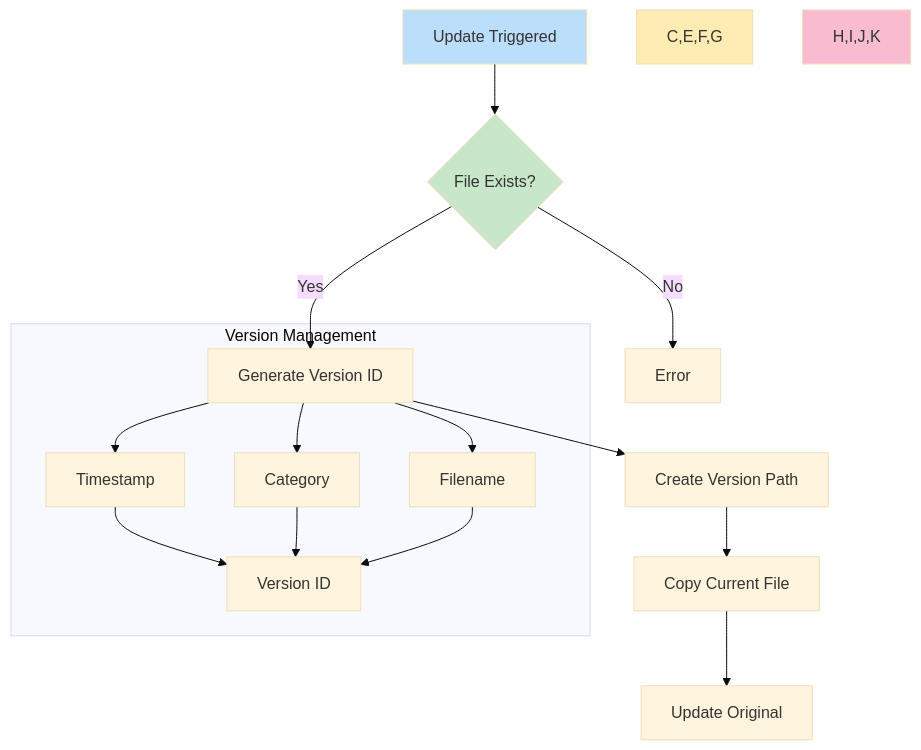
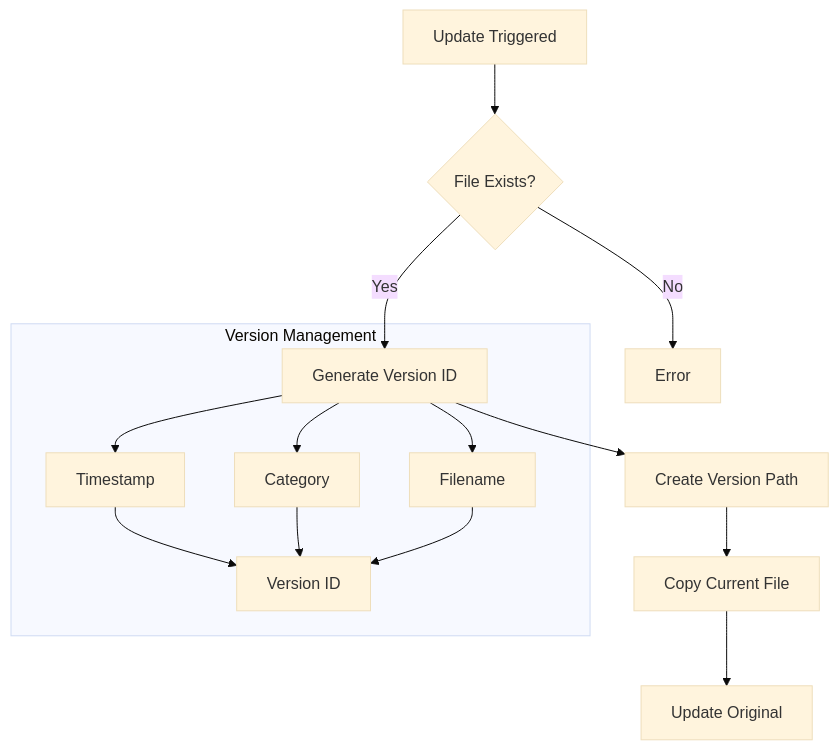
One commit to LGICCommunity/NoteCLI changed the seventh of 17 diagrams in Docs/DevelopmentGuide/DETAILED_IMPLEMENTATION.md. Above: the diagram before and after it, drawn with Mermaid (base theme). The commit also changed other lines of this file and 1 other file, not shown here.

````diff
--- a/Docs/DevelopmentGuide/DETAILED_IMPLEMENTATION.md
+++ b/Docs/DevelopmentGuide/DETAILED_IMPLEMENTATION.md
@@ -179,24 +168,20 @@
 ```mermaid
 graph TD
     A[Update Triggered] --> B{File Exists?}
     B -->|Yes| C[Generate Version ID]
     B -->|No| D[Error]
     
     C --> E[Create Version Path]
     E --> F[Copy Current File]
     F --> G[Update Original]
     
     subgraph "Version Management"
         C --> H[Timestamp]
         C --> I[Category]
         C --> J[Filename]
         H --> K[Version ID]
         I --> K
         J --> K
     end
     
-    style A fill:#bbdefb
-    style B fill:#c8e6c9
-    style C,E,F,G fill:#ffecb3
-    style H,I,J,K fill:#f8bbd0
 ```
````
